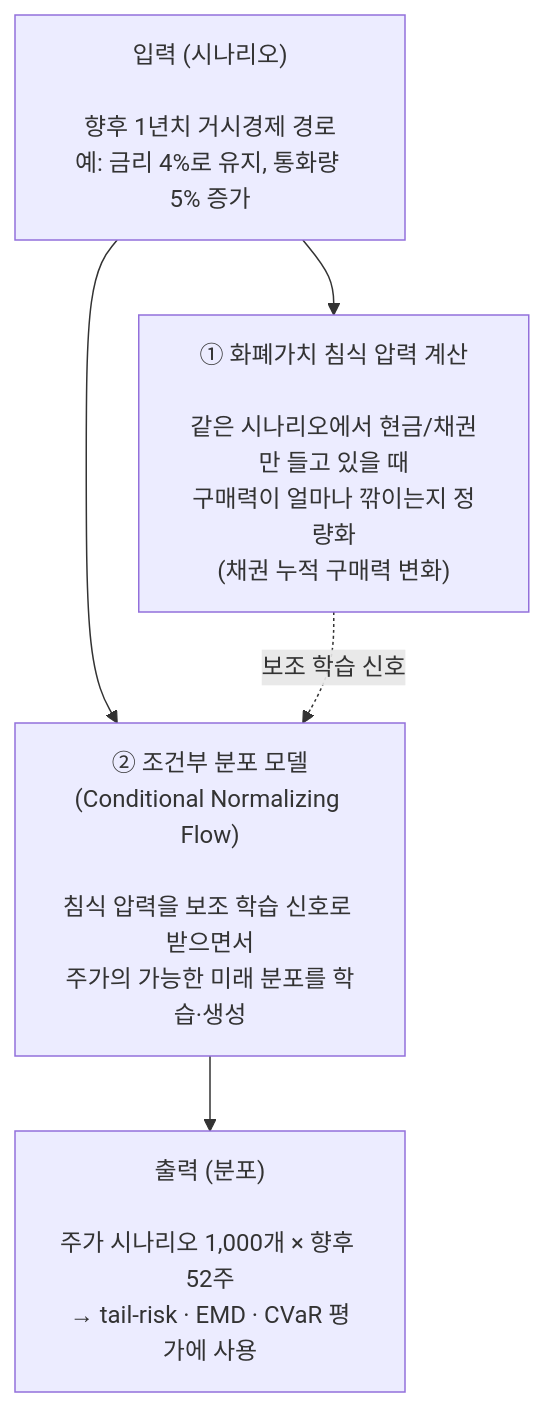
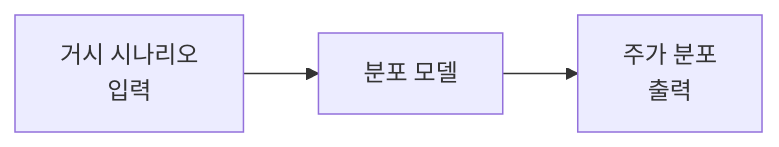
One commit to hwayobi2020/homeostatic-market changed the diagram in README.md. Above: the diagram before and after it, drawn with Mermaid. The commit also changed other lines of this file, not shown here.

Commit message:
README §1.1 그림 단순화 — 3-박스 + 표 설명
- mermaid 박스 안 한국어 자동 줄바꿈 깨짐(예: '정량화'→'정/량화') 해결
- 4-박스 세로 → 3-박스 가로, 박스 안 텍스트 5자 이내
- 박스별 의미·예시·기술 디테일은 별도 표로 분리

````diff
--- a/README.md
+++ b/README.md
@@ -51,12 +49,7 @@
 ```mermaid
-flowchart TB
-    A["입력 (시나리오)<br/><br/>향후 1년치 거시경제 경로<br/>예: 금리 4%로 유지, 통화량 5% 증가"]
-    B["① 화폐가치 침식 압력 계산<br/><br/>같은 시나리오에서 현금/채권만 들고 있을 때<br/>구매력이 얼마나 깎이는지 정량화<br/>(채권 누적 구매력 변화)"]
-    C["② 조건부 분포 모델<br/>(Conditional Normalizing Flow)<br/><br/>침식 압력을 보조 학습 신호로 받으면서<br/>주가의 가능한 미래 분포를 학습·생성"]
-    D["출력 (분포)<br/><br/>주가 시나리오 1,000개 × 향후 52주<br/>→ tail-risk · EMD · CVaR 평가에 사용"]
-
-    A --> B
-    A --> C
-    B -. "보조 학습 신호" .-> C
-    C --> D
+flowchart LR
+    A["거시 시나리오<br/>입력"]
+    B["분포 모델"]
+    C["주가 분포<br/>출력"]
+    A --> B --> C
 ```
````
